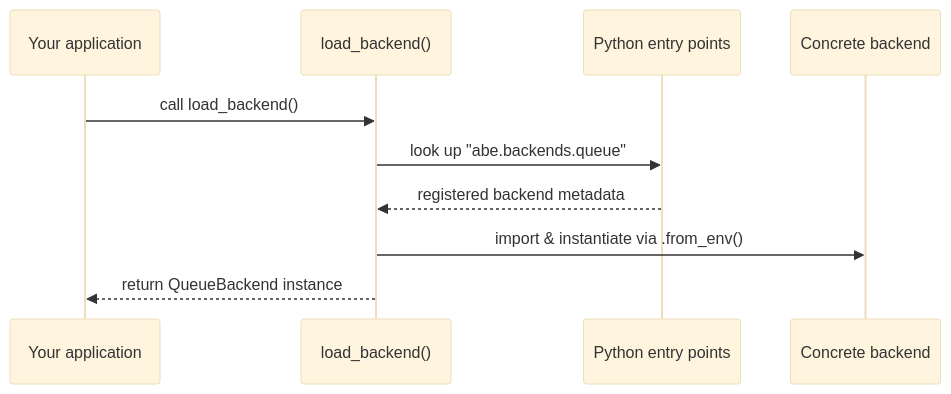
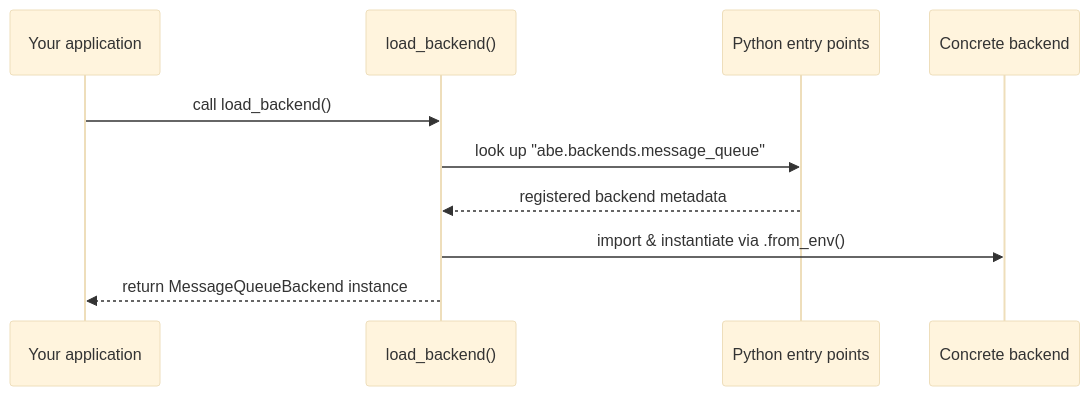
One commit to Chisanan232/abstract-backend changed the diagram in docs/contents/document/introduction.mdx. Above: the diagram before and after it, drawn with Mermaid (base theme). The commit also changed other lines of this file and 15 other files, not shown here.

Commit message:
♻️ Update all the naming usages about *queue* to be *message queue* in the documentation.

````diff
--- a/docs/contents/document/introduction.mdx
+++ b/docs/contents/document/introduction.mdx
@@ -39,13 +39,13 @@
 ```mermaid
 sequenceDiagram
     participant App as Your application
     participant Loader as load_backend()
     participant EntryPoints as Python entry points
     participant Backend as Concrete backend
 
     App->>Loader: call load_backend()
-    Loader->>EntryPoints: look up "abe.backends.queue"
+    Loader->>EntryPoints: look up "abe.backends.message_queue"
     EntryPoints-->>Loader: registered backend metadata
     Loader->>Backend: import & instantiate via .from_env()
-    Loader-->>App: return QueueBackend instance
+    Loader-->>App: return MessageQueueBackend instance
 ```
````
